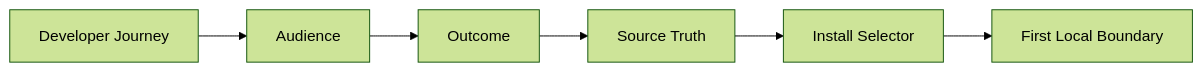
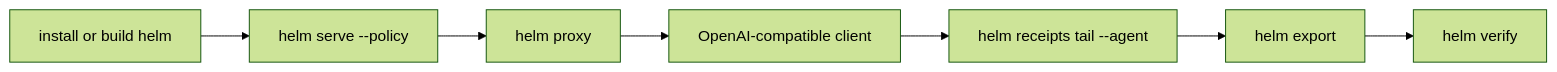
The diagram in docs/DEVELOPER_JOURNEY.md (Mindburn-Labs/helm-ai-kernel), drawn with Mermaid (forest theme) before and after one commit. The commit also changed other lines of this file and 148 other files, not shown here.

````diff
--- a/docs/DEVELOPER_JOURNEY.md
+++ b/docs/DEVELOPER_JOURNEY.md
@@ -12,14 +10,9 @@
 ```mermaid
 flowchart LR
-  Page["Developer Journey"]
-  A["Audience"]
-  B["Outcome"]
-  C["Source Truth"]
-  D["Install Selector"]
-  E["First Local Boundary"]
-  Page --> A
-  A --> B
-  B --> C
-  C --> D
-  D --> E
+  Install["install or build helm"] --> Serve["helm serve --policy"]
+  Serve --> Proxy["helm proxy"]
+  Proxy --> Client["OpenAI-compatible client"]
+  Client --> Receipts["helm receipts tail --agent"]
+  Receipts --> Export["helm export"]
+  Export --> Verify["helm verify"]
 ```
````
